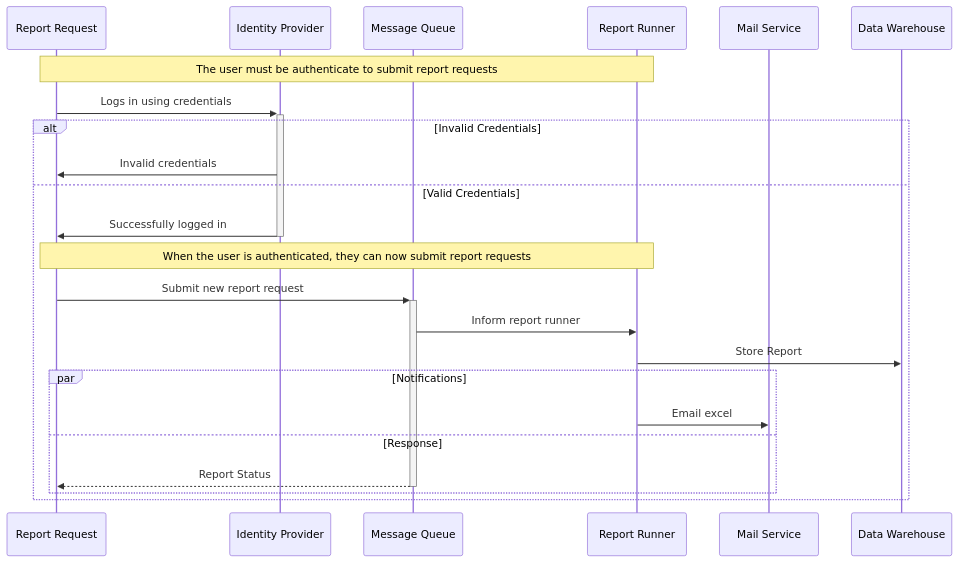
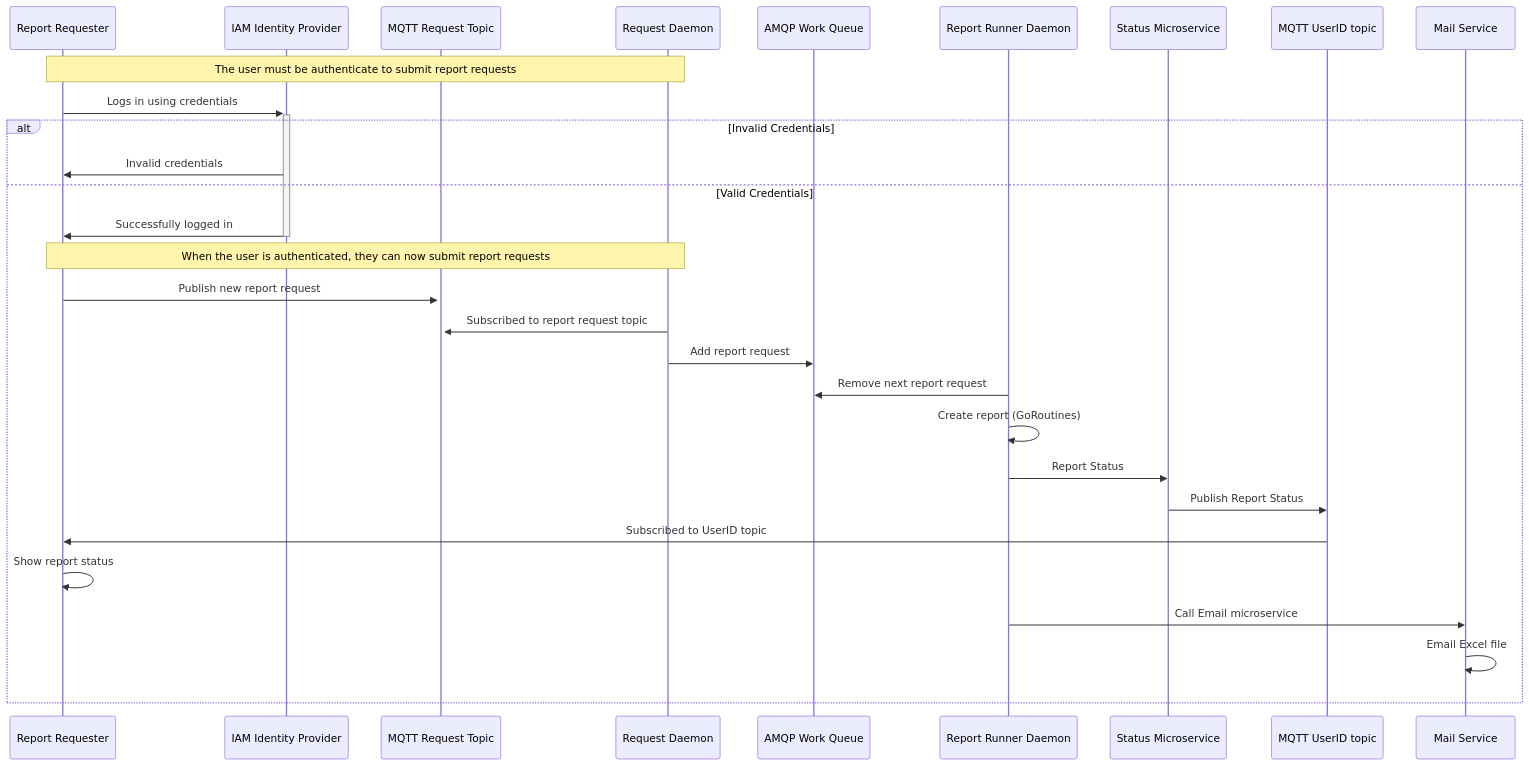
Before and after one commit to brentgroves/repsys: the second of 2 diagrams in development/report_system/sequence_block.md, drawn with Mermaid. The commit also changed other lines of this file and 1 other file, not shown here.

Commit message:
updated source code

````diff
--- a/development/report_system/sequence_block.md
+++ b/development/report_system/sequence_block.md
@@ -73,31 +71,36 @@
 ```mermaid
 sequenceDiagram
-    participant requester as Report Request
-    participant identity as Identity Provider
-    participant queue as Message Queue
-    participant runner as Report Runner
+    participant requester as Report Requester
+    participant identity as IAM Identity Provider
+    participant request_topic as MQTT Request Topic
+    participant request_daemon as Request Daemon
+    participant work_queue as AMQP Work Queue
+    participant runner_daemon as Report Runner Daemon
+    participant status_microservice as Status Microservice
+    participant userid_topic as MQTT UserID topic
+    participant mailer as Mail Service
 
-    participant mail as Mail Service
-    participant dw as Data Warehouse
-
-    Note over requester,runner: The user must be authenticate to submit report requests
+    Note over requester,request_daemon: The user must be authenticate to submit report requests
     requester->>+identity: Logs in using credentials
 
     alt Invalid Credentials
         identity->>requester: Invalid credentials
     else Valid Credentials
         identity->>-requester: Successfully logged in
 
-        Note over requester,runner: When the user is authenticated, they can now submit report requests
-        requester->>+queue: Submit new report request
-        queue->>runner: Inform report runner
-        runner->>dw: Store Report
-        par Notifications
-            runner->>mail: Email excel
-        and Response
-            queue-->>-requester: Report Status
-        end
+        Note over requester,request_daemon: When the user is authenticated, they can now submit report requests
+        requester->>+request_topic: Publish new report request
+        request_daemon->>request_topic: Subscribed to report request topic
+        request_daemon->>work_queue: Add report request
+        runner_daemon->>work_queue: Remove next report request
+        runner_daemon->>runner_daemon: Create report (GoRoutines)
+        runner_daemon->>status_microservice: Report Status
+        status_microservice->>userid_topic: Publish Report Status
+        userid_topic->>requester: Subscribed to UserID topic
+        requester->>requester: Show report status
+        runner_daemon->>mailer: Call Email microservice
+        mailer->>mailer: Email Excel file
 
     end
 
 ```
````
